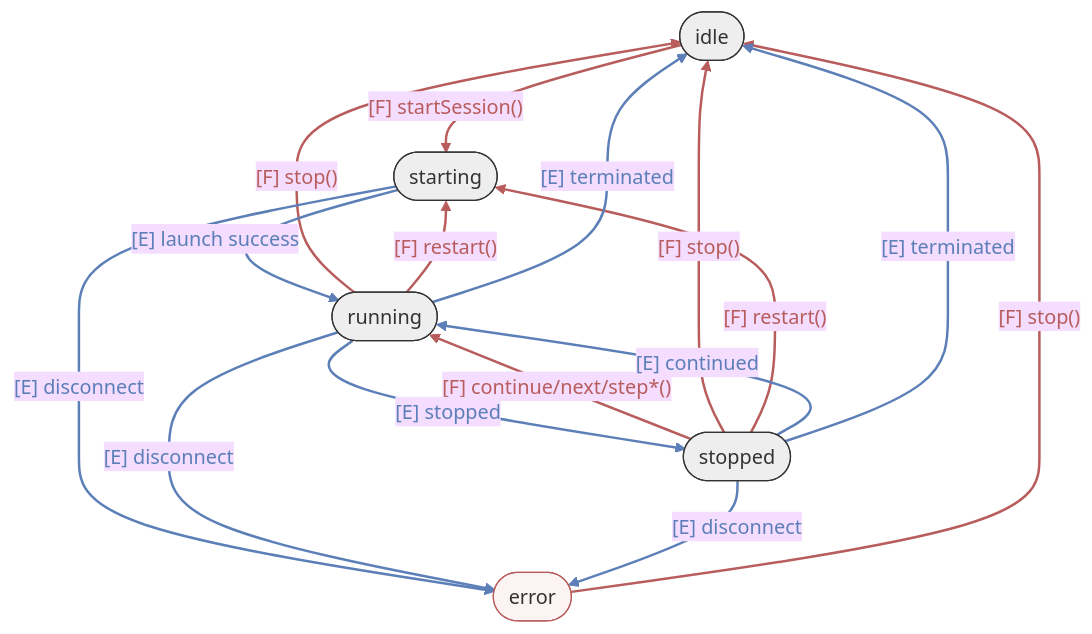
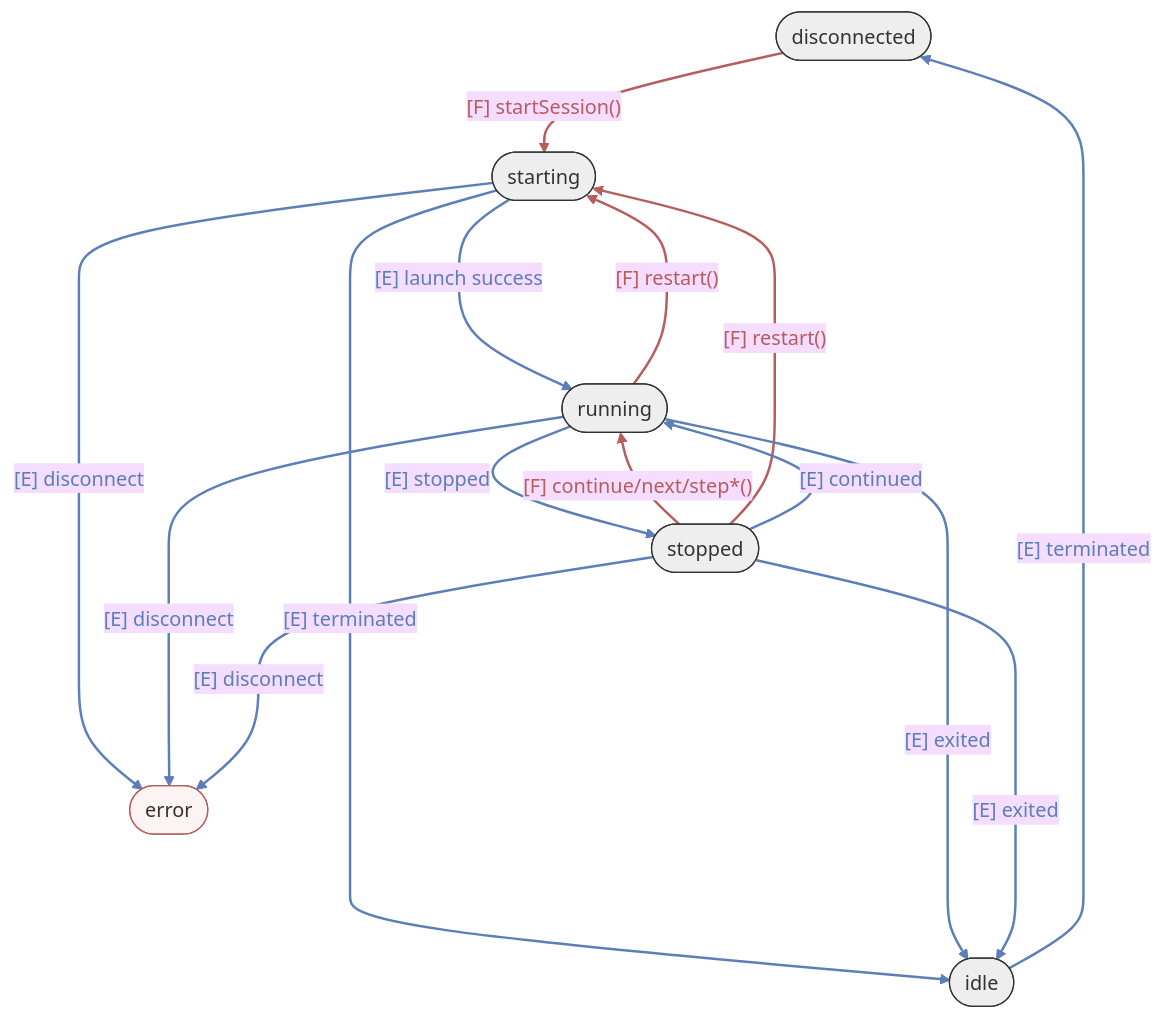
The first of 2 diagrams in docs/architecture/session-layer.md (tangpo387-arch/taro-debugger), drawn with Mermaid (base theme) before and after one commit. The commit also changed other lines of this file and 30 other files, not shown here.

````diff
--- a/docs/architecture/session-layer.md
+++ b/docs/architecture/session-layer.md
@@ -29,35 +29,34 @@
 ```mermaid
 graph TD
     %% States
+    disconnected([disconnected])
     idle([idle])
     starting([starting])
     running([running])
     stopped([stopped])
     error([error])
 
     %% User Actions (Functions)
-    idle -- "<font color='#b85c5c'>[F] startSession()</font>" --> starting
+    disconnected -- "<font color='#b85c5c'>[F] startSession()</font>" --> starting
     stopped -- "<font color='#b85c5c'>[F] continue/next/step*()</font>" --> running
-    running -- "<font color='#b85c5c'>[F] stop()</font>" --> idle
-    stopped -- "<font color='#b85c5c'>[F] stop()</font>" --> idle
-    running -- "<font color='#b85c5c'>[F] restart()</font>" --> starting
-    stopped -- "<font color='#b85c5c'>[F] restart()</font>" --> starting
-    error -- "<font color='#b85c5c'>[F] stop()</font>" --> idle
-
+    running -- "<font color='#b85c5c'>[F] restart()</font>" ---> starting
+    stopped -- "<font color='#b85c5c'>[F] restart()</font>" ----> starting
+    
     %% Adapter Actions (Events)
     starting -- "<font color='#5c7fb8'>[E] launch success</font>" --> running
     running -- "<font color='#5c7fb8'>[E] stopped</font>" --> stopped
     stopped -- "<font color='#5c7fb8'>[E] continued</font>" --> running
-    running -- "<font color='#5c7fb8'>[E] terminated</font>" --> idle
-    stopped -- "<font color='#5c7fb8'>[E] terminated</font>" --> idle
-    starting -- "<font color='#5c7fb8'>[E] disconnect</font>" --> error
-    running -- "<font color='#5c7fb8'>[E] disconnect</font>" --> error
-    stopped -- "<font color='#5c7fb8'>[E] disconnect</font>" --> error
-
+    starting -- "<font color='#5c7fb8'>[E] terminated</font>" ----> idle
+    running -- "<font color='#5c7fb8'>[E] exited</font>" ----> idle
+    stopped -- "<font color='#5c7fb8'>[E] exited</font>" -----> idle
+    starting -- "<font color='#5c7fb8'>[E] disconnect</font>" ---> error
+    running -- "<font color='#5c7fb8'>[E] disconnect</font>" ---> error
+    stopped -- "<font color='#5c7fb8'>[E] disconnect</font>" ---> error
+    idle -- "<font color='#5c7fb8'>[E] terminated</font>" -----> disconnected
     %% Styles
-    linkStyle 0,1,2,3,4,5,6 stroke:#b85c5c,stroke-width:2px;
-    linkStyle 7,8,9,10,11,12,13,14 stroke:#5c7fb8,stroke-width:2px;
+    linkStyle 0,1,2,3 stroke:#b85c5c,stroke-width:2px;
+    linkStyle 4,5,6,7,8,9,10,11,12,13 stroke:#5c7fb8,stroke-width:2px;
     
     classDef default fill:#eee,stroke:#333,stroke-width:1px;
     style error fill:#fcf3f3,stroke:#b85c5c;
 ```
````
